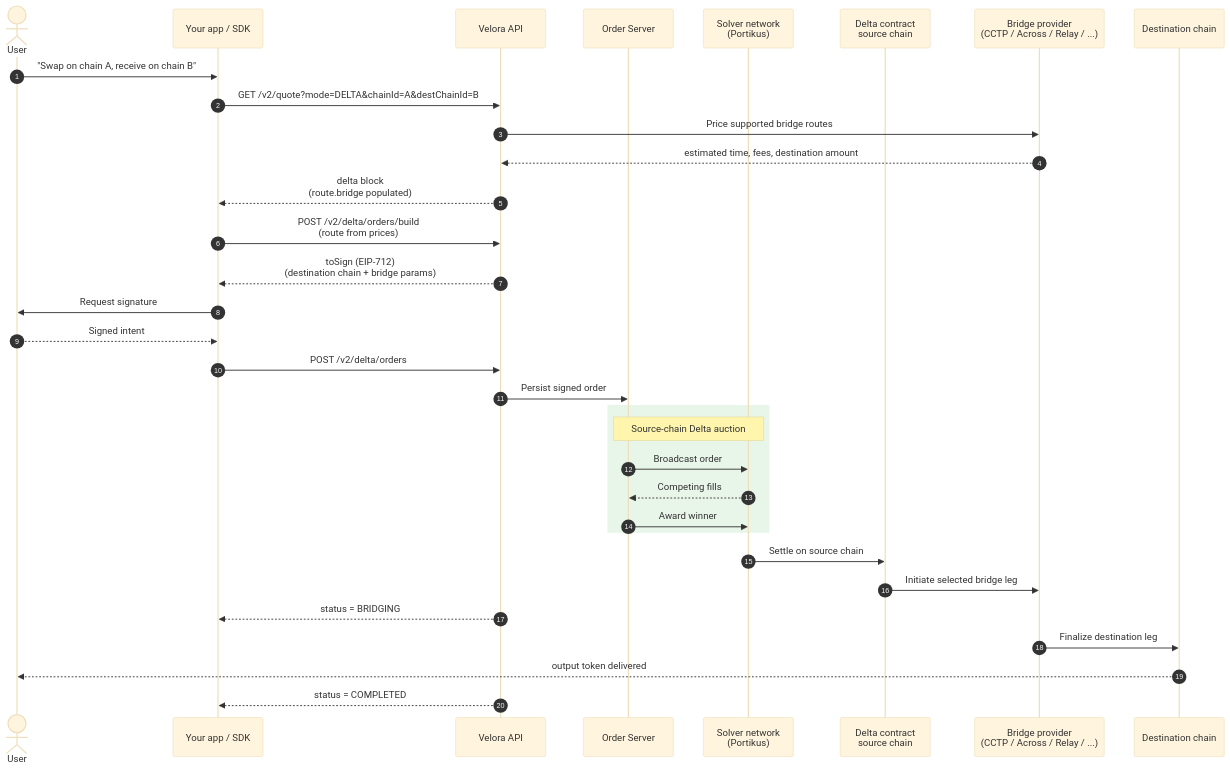
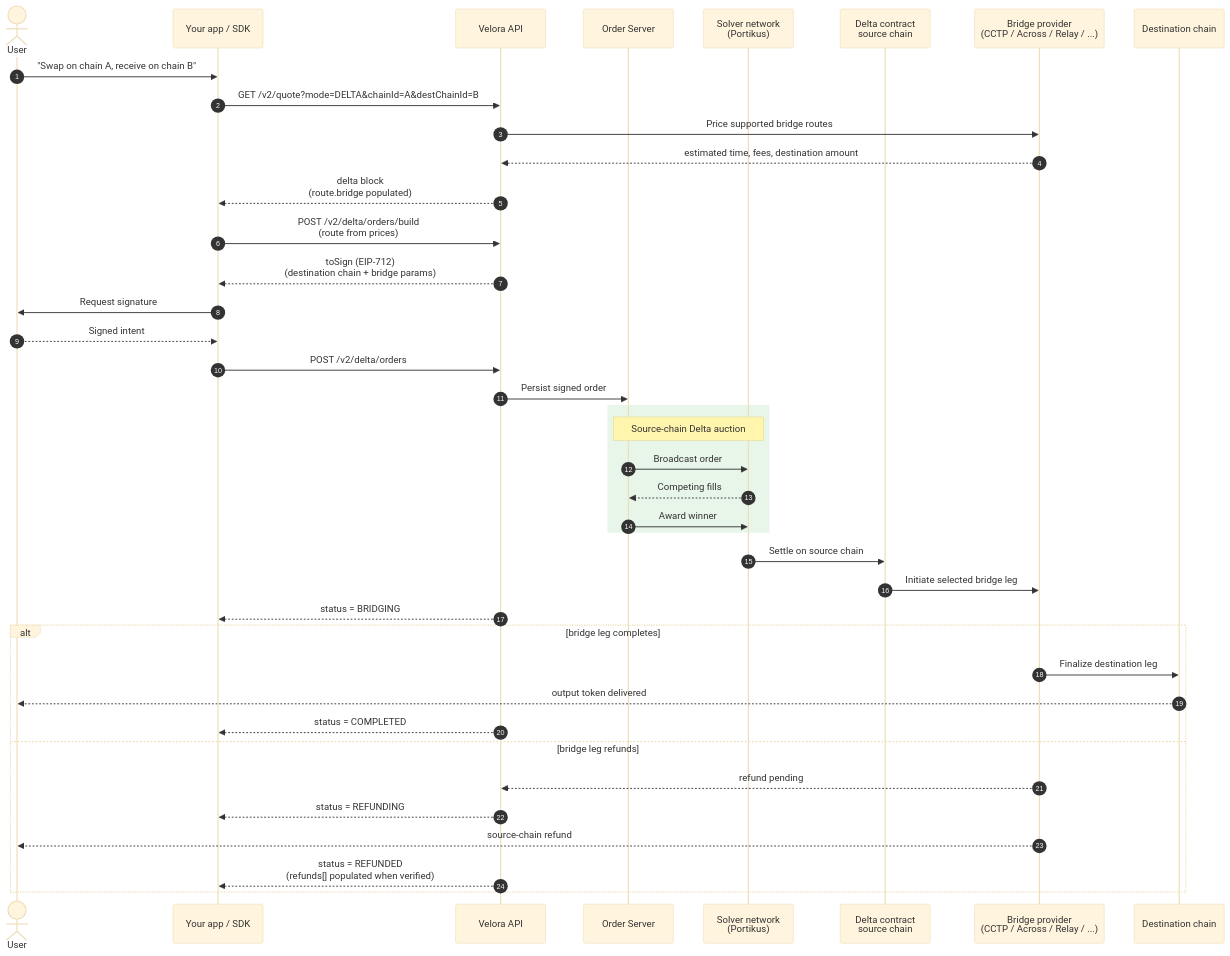
One commit to VeloraDEX/docs changed the diagram in delta/crosschain-delta.mdx. Above: the diagram before and after it, drawn with Mermaid (base theme). The commit also changed other lines of this file and 8 other files, not shown here.

````diff
--- a/delta/crosschain-delta.mdx
+++ b/delta/crosschain-delta.mdx
@@ -14,40 +14,47 @@
 ```mermaid
 sequenceDiagram
   autonumber
   actor User
   participant DApp as Your app / SDK
   participant API as Velora API
   participant OS as Order Server
   participant Solvers as Solver network<br/>(Portikus)
   participant Delta as Delta contract<br/>source chain
   participant Bridge as Bridge provider<br/>(CCTP / Across / Relay / ...)
   participant Dest as Destination chain
 
   User->>DApp: "Swap on chain A, receive on chain B"
   DApp->>API: GET /v2/quote?mode=DELTA&chainId=A&destChainId=B
   API->>Bridge: Price supported bridge routes
   Bridge-->>API: estimated time, fees, destination amount
   API-->>DApp: delta block<br/>(route.bridge populated)
 
   DApp->>API: POST /v2/delta/orders/build<br/>(route from prices)
   API-->>DApp: toSign (EIP-712)<br/>(destination chain + bridge params)
   DApp->>User: Request signature
   User-->>DApp: Signed intent
   DApp->>API: POST /v2/delta/orders
   API->>OS: Persist signed order
 
   rect rgb(232, 245, 233)
     note over OS,Solvers: Source-chain Delta auction
     OS->>Solvers: Broadcast order
     Solvers-->>OS: Competing fills
     OS->>Solvers: Award winner
   end
 
   Solvers->>Delta: Settle on source chain
   Delta->>Bridge: Initiate selected bridge leg
   API-->>DApp: status = BRIDGING
 
-  Bridge->>Dest: Finalize destination leg
-  Dest-->>User: output token delivered
-  API-->>DApp: status = COMPLETED
+  alt bridge leg completes
+    Bridge->>Dest: Finalize destination leg
+    Dest-->>User: output token delivered
+    API-->>DApp: status = COMPLETED
+  else bridge leg refunds
+    Bridge-->>API: refund pending
+    API-->>DApp: status = REFUNDING
+    Bridge-->>User: source-chain refund
+    API-->>DApp: status = REFUNDED<br/>(refunds[] populated when verified)
+  end
 ```
````
